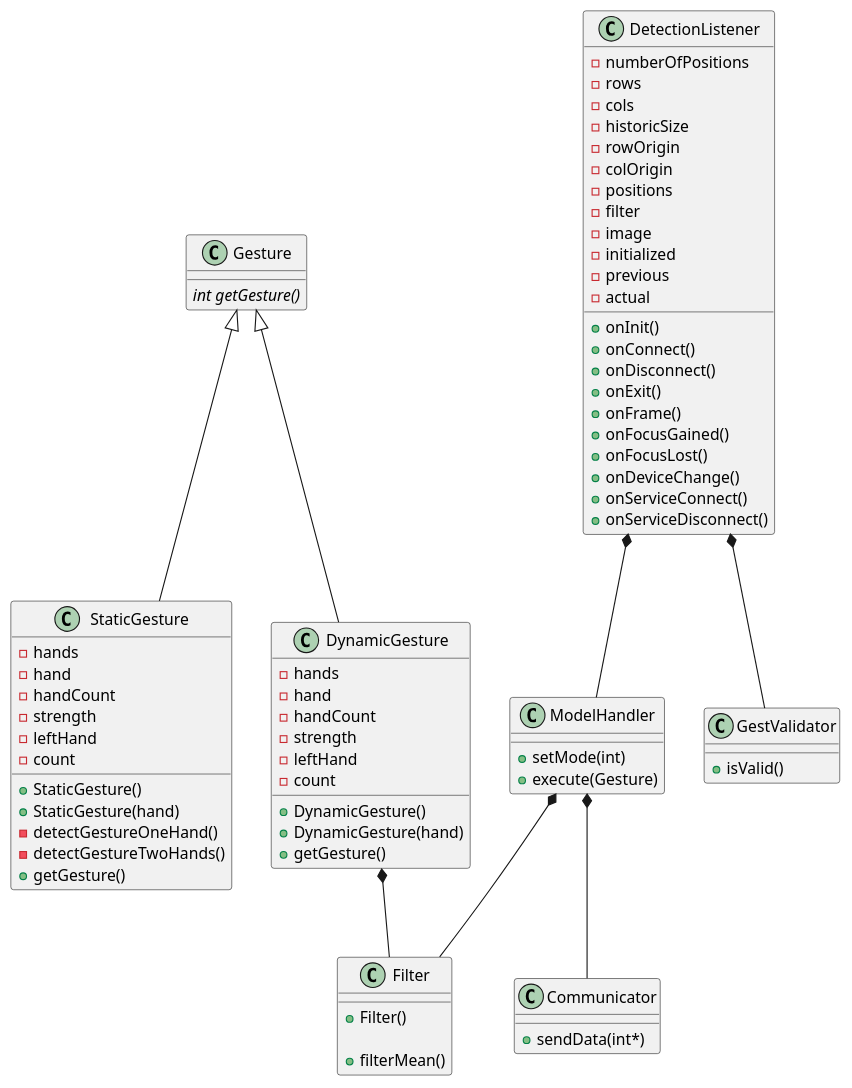
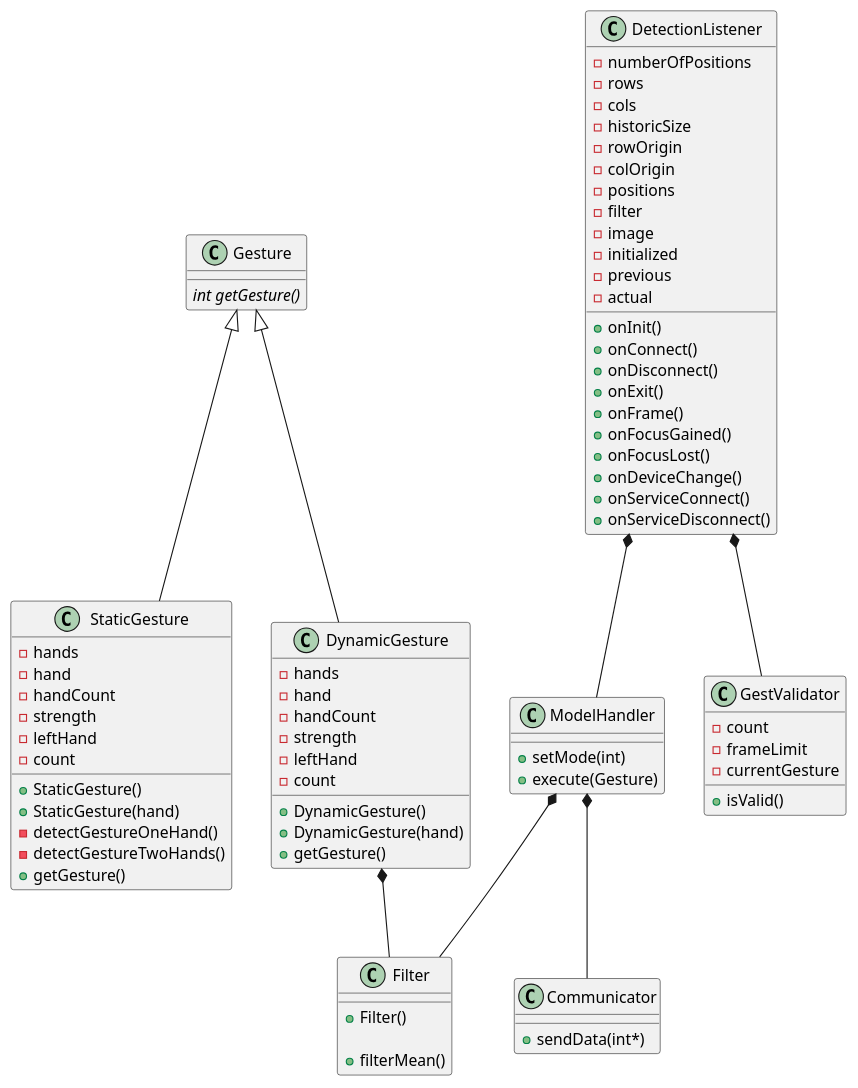
Before and after one commit to BenjaminDeguerre/GroupProjectLeap: the diagram in uml/classDiagram.PlantUML, drawn with PlantUML. The commit also changed 6 other files, not shown here.

Commit message:
in progress to set according to uml diagram

```diff
--- a/uml/classDiagram.PlantUML
+++ b/uml/classDiagram.PlantUML
@@ -1,87 +1,91 @@
 @startuml
 
 class Gesture {
   {abstract} int getGesture()
 }
 
 class StaticGesture {
   +StaticGesture()
   +StaticGesture(hand)
   -detectGestureOneHand()
   -detectGestureTwoHands()
   +getGesture()
 
   -hands
   -hand
   -handCount
   -strength
   -leftHand
   -count
 }
 
 class DynamicGesture {
   +DynamicGesture()
   +DynamicGesture(hand)
   +getGesture()
 
   -hands
   -hand
   -handCount
   -strength
   -leftHand
   -count
 }
 
 class Filter {
   +Filter()
 
   +filterMean()
 }
 
 class DetectionListener {
   +onInit()
   +onConnect()
   +onDisconnect()
   +onExit()
 	+onFrame()
 	+onFocusGained()
 	+onFocusLost()
 	+onDeviceChange()
 	+onServiceConnect()
 	+onServiceDisconnect()
 
   -numberOfPositions
   -rows
   -cols
   -historicSize
   -rowOrigin
   -colOrigin
   -positions
   -filter
   -image
   -initialized
   -previous
   -actual
 }
 
 class ModelHandler {
   +setMode(int)
   +execute(Gesture)
 }
 
 class Communicator {
   +sendData(int*)
 }
 
 class GestValidator {
   +isValid()
+
+  -count
+  -frameLimit
+  -currentGesture
 }
 
 Gesture <|-- StaticGesture
 Gesture <|-- DynamicGesture
 ModelHandler *-- Communicator
 ModelHandler *-- Filter
 DetectionListener *-- ModelHandler
 DetectionListener *-- GestValidator
 DynamicGesture *-- Filter
 @enduml
```
